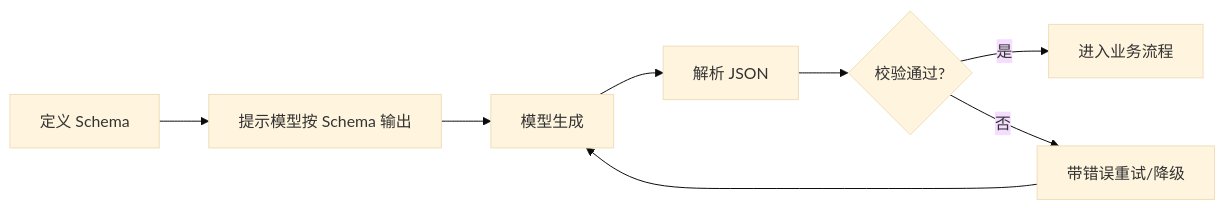
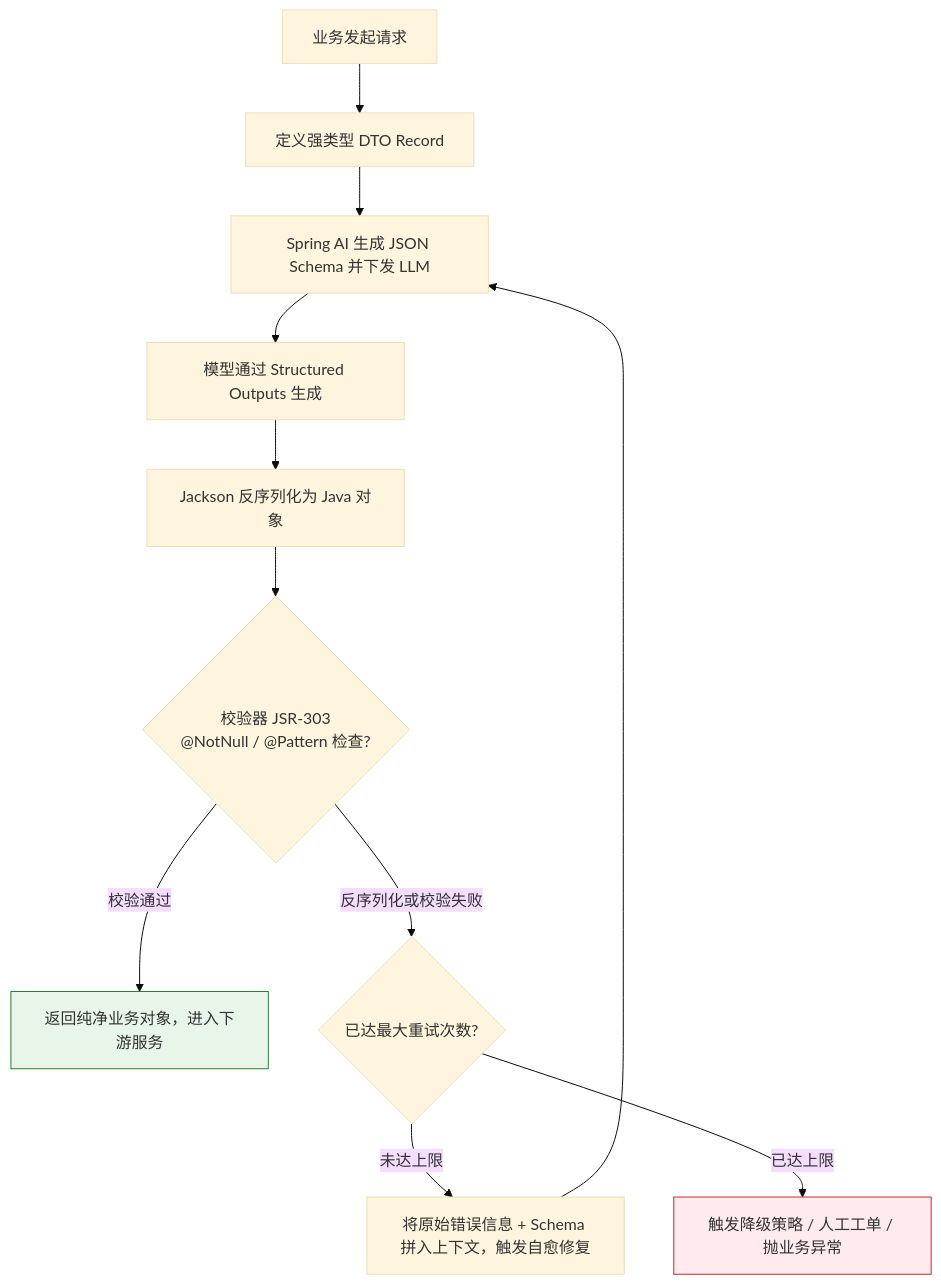
The second of 2 diagrams in 10-AI应用开发/01-LLM基础与Prompt/11-结构化输出.md (GuoWWWX/knowledge-base), drawn with Mermaid (base theme) before and after one commit. The commit also changed other lines of this file and 214 other files, not shown here.

````diff
--- a/10-AI应用开发/01-LLM基础与Prompt/11-结构化输出.md
+++ b/10-AI应用开发/01-LLM基础与Prompt/11-结构化输出.md
@@ -51,10 +85,16 @@
 ```mermaid
-flowchart LR
-    A[定义 Schema] --> B[提示模型按 Schema 输出]
-    B --> C[模型生成]
-    C --> D[解析 JSON]
-    D --> E{校验通过?}
-    E -->|是| F[进入业务流程]
-    E -->|否| G[带错误重试/降级]
-    G --> C
+flowchart TD
+    A[业务发起请求] --> B[定义强类型 DTO Record]
+    B --> C[Spring AI 生成 JSON Schema 并下发 LLM]
+    C --> D[模型通过 Structured Outputs 生成]
+    D --> E[Jackson 反序列化为 Java 对象]
+    E --> F{校验器 JSR-303<br/>@NotNull / @Pattern 检查?}
+    F -->|校验通过| G[返回纯净业务对象，进入下游服务]
+    F -->|反序列化或校验失败| H{已达最大重试次数?}
+    H -->|未达上限| I[将原始错误信息 + Schema 拼入上下文，触发自愈修复]
+    I --> C
+    H -->|已达上限| J[触发降级策略 / 人工工单 / 抛业务异常]
+
+    style G fill:#e8f5e9,stroke:#2e7d32,stroke-width:1px
+    style J fill:#ffebee,stroke:#c62828,stroke-width:1px
 ```
````
